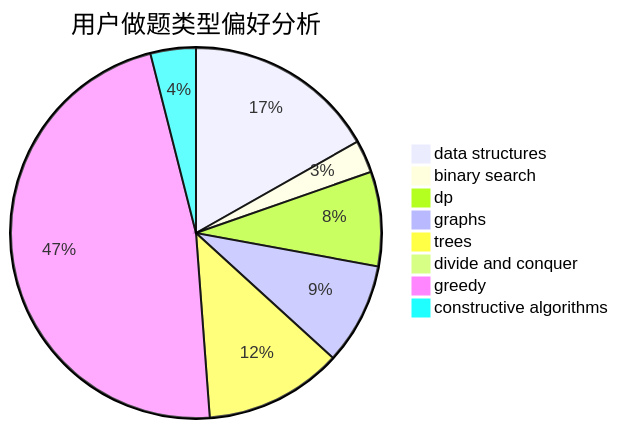
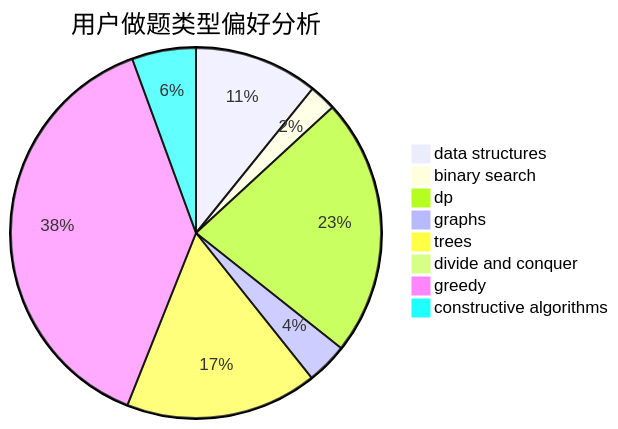
Before and after one commit to sherpahu/cfrs.github.io: the second of 3 diagrams in docs/user/u1250.md, drawn with Mermaid. The commit also changed other lines of this file and 2770 other files, not shown here.

````diff
--- a/docs/user/u1250.md
+++ b/docs/user/u1250.md
@@ -23,11 +23,11 @@
 ```mermaid
 pie title 用户做题类型偏好分析
-    "data structures" :  106
-    "binary search" :  18
-    "dp" :  52
-    "graphs" :  56
-    "trees" :  76
-    "divide and conquer" :  1
-    "greedy" :  298
-    "constructive algorithms" :  25
+    "data structures" :  60
+    "binary search" :  13
+    "dp" :  125
+    "graphs" :  20
+    "trees" :  93
+    "divide and conquer" :  0
+    "greedy" :  213
+    "constructive algorithms" :  31
 ```
````
